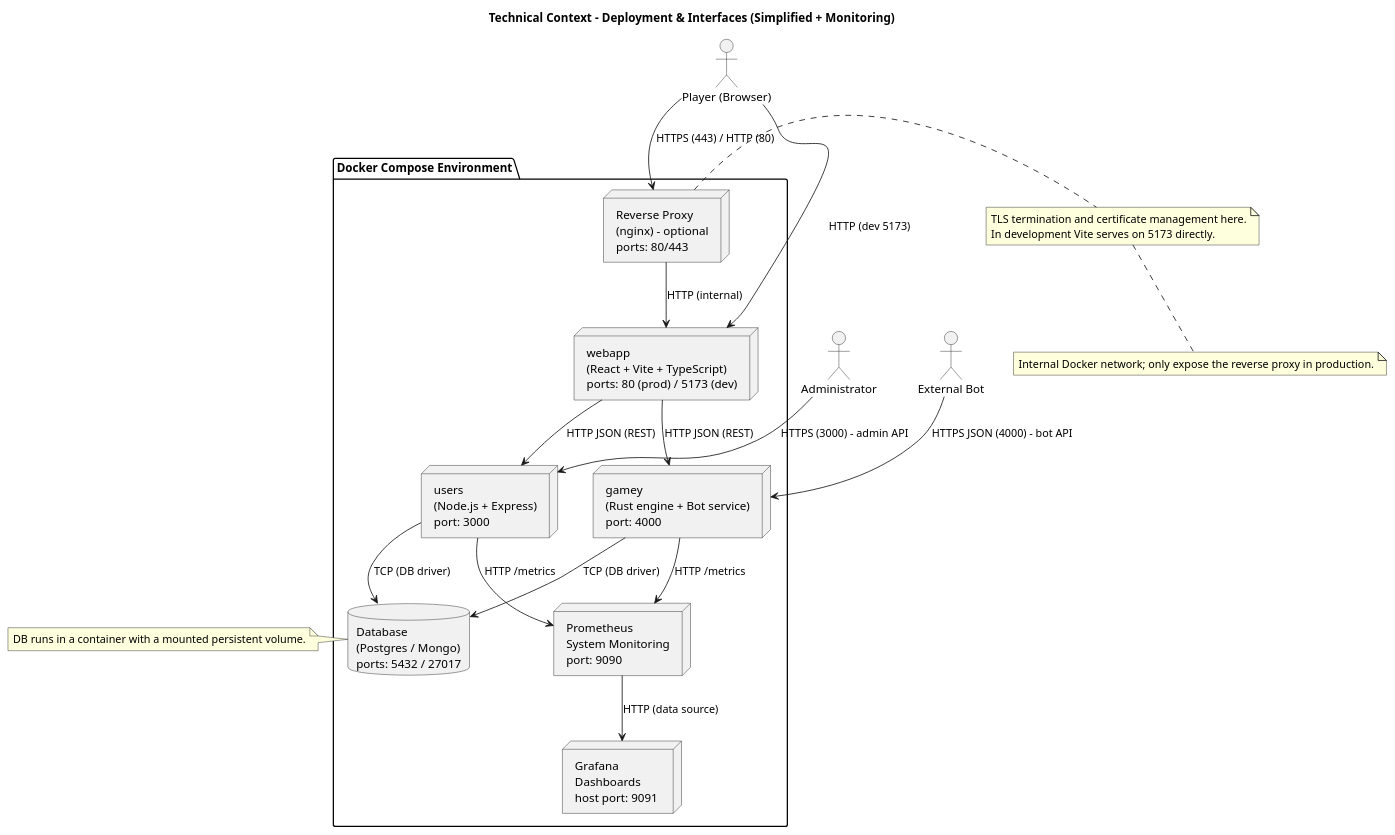
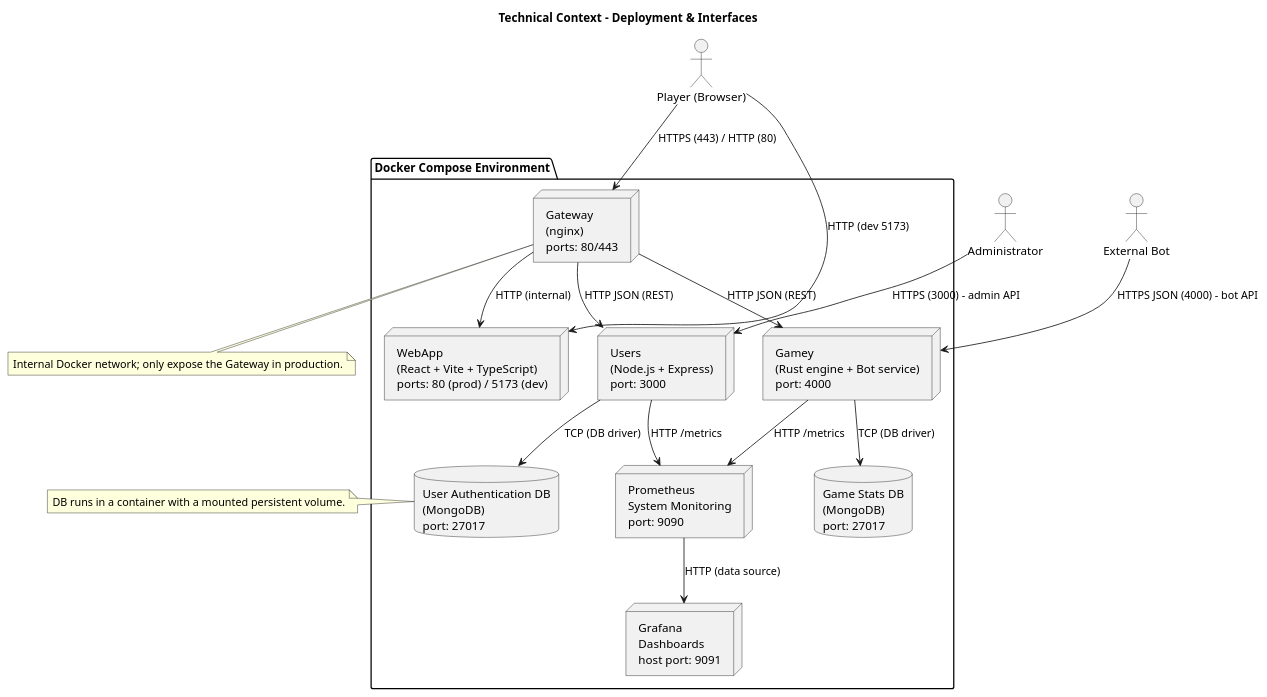
The second of 2 diagrams in docs/src/03_context_and_scope.adoc (Arquisoft/yovi_es4b), drawn with PlantUML before and after one commit. The commit also changed other lines of this file, not shown here.

Commit message:
corrección de diagramas

```diff
--- a/docs/src/03_context_and_scope.adoc
+++ b/docs/src/03_context_and_scope.adoc
@@ -76,53 +79,51 @@
-[plantuml, target=diagram-name, format=png]
+[plantuml, target=technical-context-diagram, format=png]
 ----
 @startuml
-title Technical Context - Deployment & Interfaces (Simplified + Monitoring)
+title Technical Context - Deployment & Interfaces
 
 actor "Player (Browser)" as Browser
 actor "Administrator" as Admin
 actor "External Bot" as ExternalBot
 
 package "Docker Compose Environment" {
-    node "Reverse Proxy\n(nginx) - optional\nports: 80/443" as Proxy
-    node "webapp\n(React + Vite + TypeScript)\nports: 80 (prod) / 5173 (dev)" as WebApp
-    node "users\n(Node.js + Express)\nport: 3000" as Users
-    node "gamey\n(Rust engine + Bot service)\nport: 4000" as Gamey
-    database "Database\n(Postgres / Mongo)\nports: 5432 / 27017" as DB
+
+    node "Gateway\n(nginx)\nports: 80/443" as Gateway
+    node "WebApp\n(React + Vite + TypeScript)\nports: 80 (prod) / 5173 (dev)" as WebApp
+    node "Users\n(Node.js + Express)\nport: 3000" as Users
+    node "Gamey\n(Rust engine + Bot service)\nport: 4000" as Gamey
+
+    database "User Authentication DB\n(MongoDB)\nport: 27017" as UserDB
+    database "Game Stats DB\n(MongoDB)\nport: 27017" as GameDB
 
     node "Prometheus\nSystem Monitoring\nport: 9090" as Prometheus
-    node "Grafana\nDashboards\nhost port: 9091 " as Grafana
+    node "Grafana\nDashboards\nhost port: 9091" as Grafana
 }
 
 ' --- External interactions ---
-Browser --> Proxy : HTTPS (443) / HTTP (80)
+Browser --> Gateway : HTTPS (443) / HTTP (80)
 Browser --> WebApp : HTTP (dev 5173)
 Admin --> Users : HTTPS (3000) - admin API
 ExternalBot --> Gamey : HTTPS JSON (4000) - bot API
 
 ' --- Internal service communication ---
-Proxy --> WebApp : HTTP (internal)
-WebApp --> Users : HTTP JSON (REST)
-WebApp --> Gamey : HTTP JSON (REST)
-Users --> DB : TCP (DB driver)
-Gamey --> DB : TCP (DB driver)
+Gateway --> WebApp : HTTP (internal)
+Gateway --> Users : HTTP JSON (REST)
+Gateway --> Gamey : HTTP JSON (REST)
+Users --> UserDB : TCP (DB driver)
+Gamey --> GameDB : TCP (DB driver)
 
 ' --- Monitoring ---
 Users --> Prometheus : HTTP /metrics
 Gamey --> Prometheus : HTTP /metrics
 Prometheus --> Grafana : HTTP (data source)
 
-note left of DB
+note left of UserDB
 DB runs in a container with a mounted persistent volume.
 end note
 
-note right of Proxy
-TLS termination and certificate management here.
-In development Vite serves on 5173 directly.
-end note
-
-note bottom
-Internal Docker network; only expose the reverse proxy in production.
+note bottom of Gateway
+Internal Docker network; only expose the Gateway in production.
 end note
 
 @enduml
 ----
```
